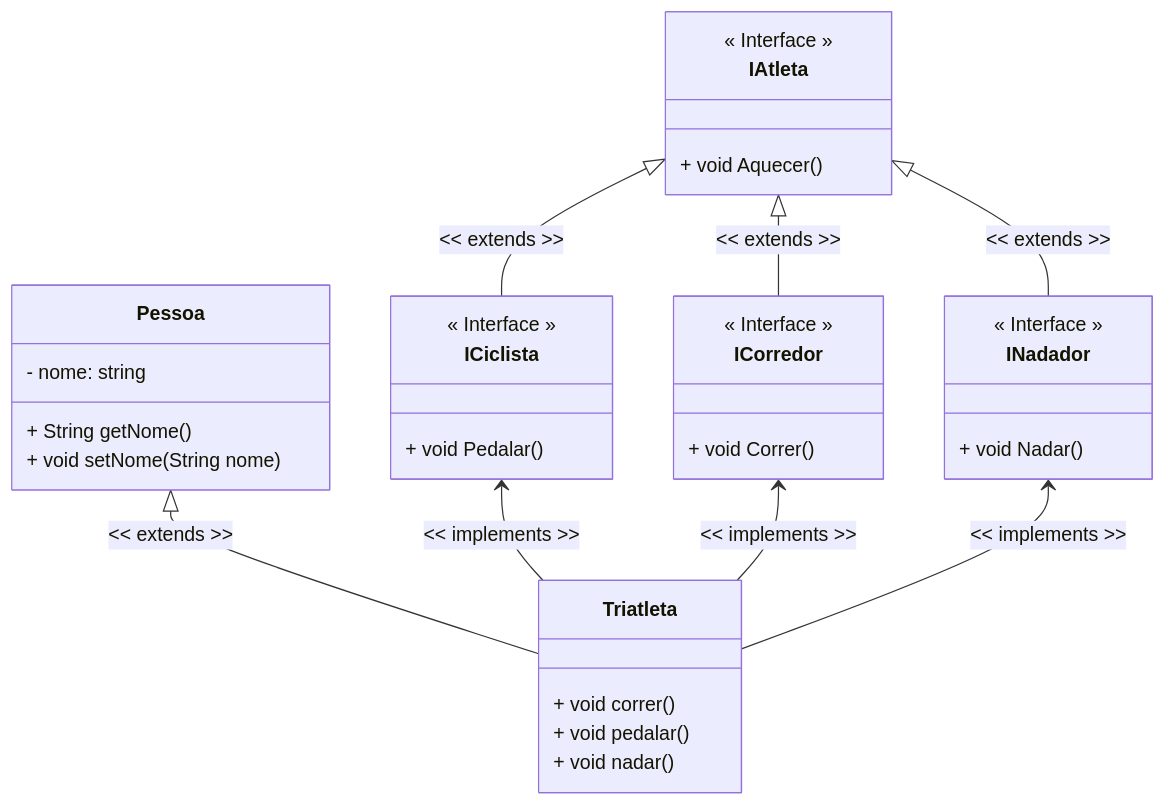
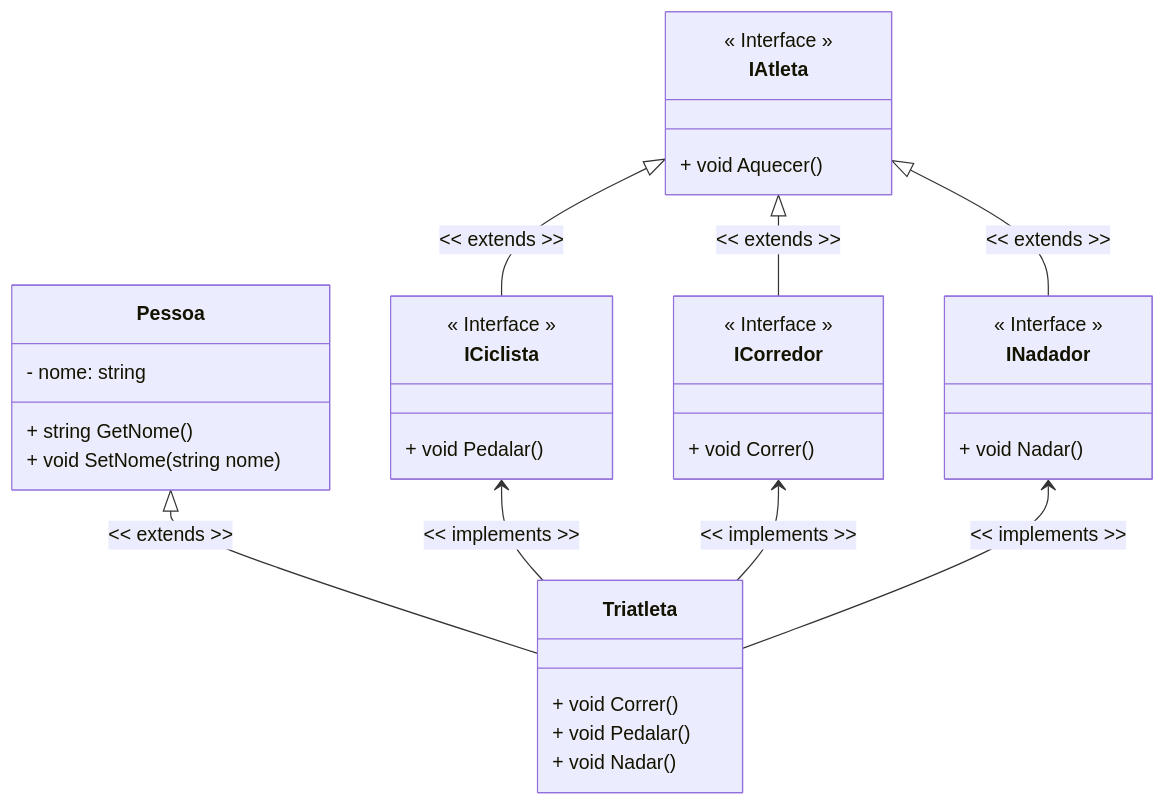
The third of 3 diagrams in 01_csharp/15.md (conteudoGeneration/cookbook_csharp), drawn with Mermaid before and after one commit.

````diff
--- a/01_csharp/15.md
+++ b/01_csharp/15.md
@@ -96,36 +96,36 @@
 ```mermaid
 classDiagram
 class Pessoa {
 - nome: string
-+ String getNome()
-+ void setNome(String nome)
++ string GetNome()
++ void SetNome(string nome)
 }
 class Triatleta {
-+ void correr()
-+ void pedalar()
-+ void nadar()
++ void Correr()
++ void Pedalar()
++ void Nadar()
 }
 class IAtleta {
 << Interface >>
 + void Aquecer()
 }
 class ICiclista {
 << Interface >>
 + void Pedalar()
 }
 class ICorredor {
 << Interface >>
 + void Correr()
 }
 class INadador {
 << Interface >>
 + void Nadar()
 }
 Pessoa <|-- Triatleta: << extends >>
 IAtleta <|-- ICiclista: << extends >>
 IAtleta <|-- ICorredor: << extends >>
 IAtleta <|-- INadador: << extends >>
 ICiclista <-- Triatleta: << implements >>
 ICorredor <-- Triatleta: << implements >>
 INadador <-- Triatleta: << implements >>
 ```
````
